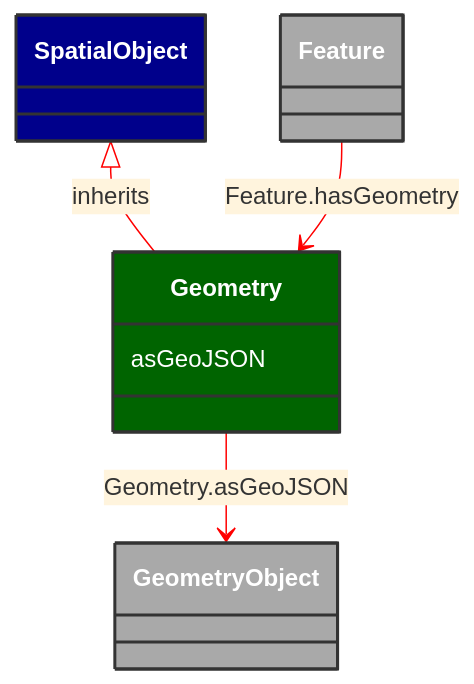
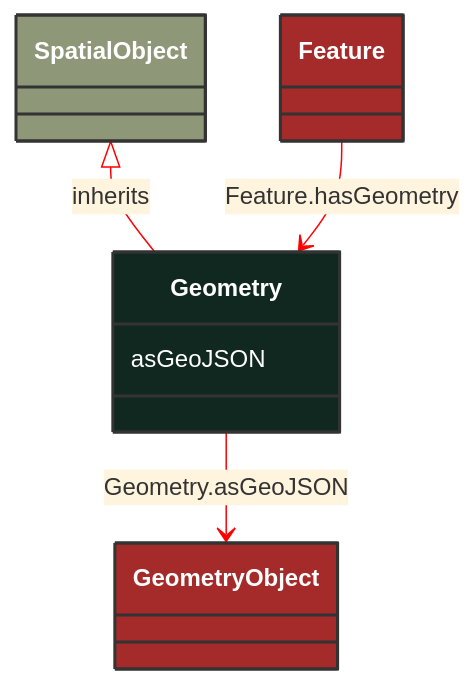
One commit to 3lbits/NoCIMExtensions changed the diagram in docs/Models/Profiles/WattApp/ConcreteClasses/Geometry.md. Above: the diagram before and after it, drawn with Mermaid. The commit also changed 190 other files, not shown here.

````diff
--- a/docs/Models/Profiles/WattApp/ConcreteClasses/Geometry.md
+++ b/docs/Models/Profiles/WattApp/ConcreteClasses/Geometry.md
@@ -8,30 +8,26 @@
 ```mermaid
 %%{init: {'theme':'base','themeVariables': {'lineColor': '#FF0000'}}}%%
 classDiagram
     class Geometry
     click Geometry href "/Models/Profiles/WattApp/ConcreteClasses/Geometry/"
-    style Geometry fill:#006400,stroke:#333,stroke-width:2px,rx:10,ry:10,color:white
-
+    style Geometry fill:#102820,stroke:#333,stroke-width:2px,rx:10,ry:10,color:white
+     
         SpatialObject <|-- Geometry : inherits
             click SpatialObject href "/Models/Profiles/WattApp/ConcreteClasses/SpatialObject/"
-            style SpatialObject fill:#00008B,stroke:#333,stroke-width:2px,rx:10,ry:10,color:white
-
-        Geometry
-            click Geometry href "/Models/Profiles/WattApp/ConcreteClasses/Geometry/"
-            style SpatialObject fill:#00008B,stroke:#333,stroke-width:2px,rx:10,ry:10,color:white
+            style SpatialObject fill:#8F9779,stroke:#333,stroke-width:2px,rx:10,ry:10,color:white
 
         Geometry --> GeometryObject : Geometry.asGeoJSON
 
         GeometryObject
             click GeometryObject href "/Models/Profiles/WattApp/ConcreteClasses/GeometryObject/"
-            style GeometryObject fill:#A9A9A9,stroke:#333,stroke-width:2px,rx:10,ry:10,color:white
+            style GeometryObject fill:#A52A2A,stroke:#333,stroke-width:2px,rx:10,ry:10,color:white
 
         Feature --> Geometry : Feature.hasGeometry
 
         Feature
             click Feature href "/Models/Profiles/WattApp/ConcreteClasses/Feature/"
-            style Feature fill:#A9A9A9,stroke:#333,stroke-width:2px,rx:10,ry:10,color:white
+            style Feature fill:#A52A2A,stroke:#333,stroke-width:2px,rx:10,ry:10,color:white
 
 
         Geometry : asGeoJSON
 ```
````
